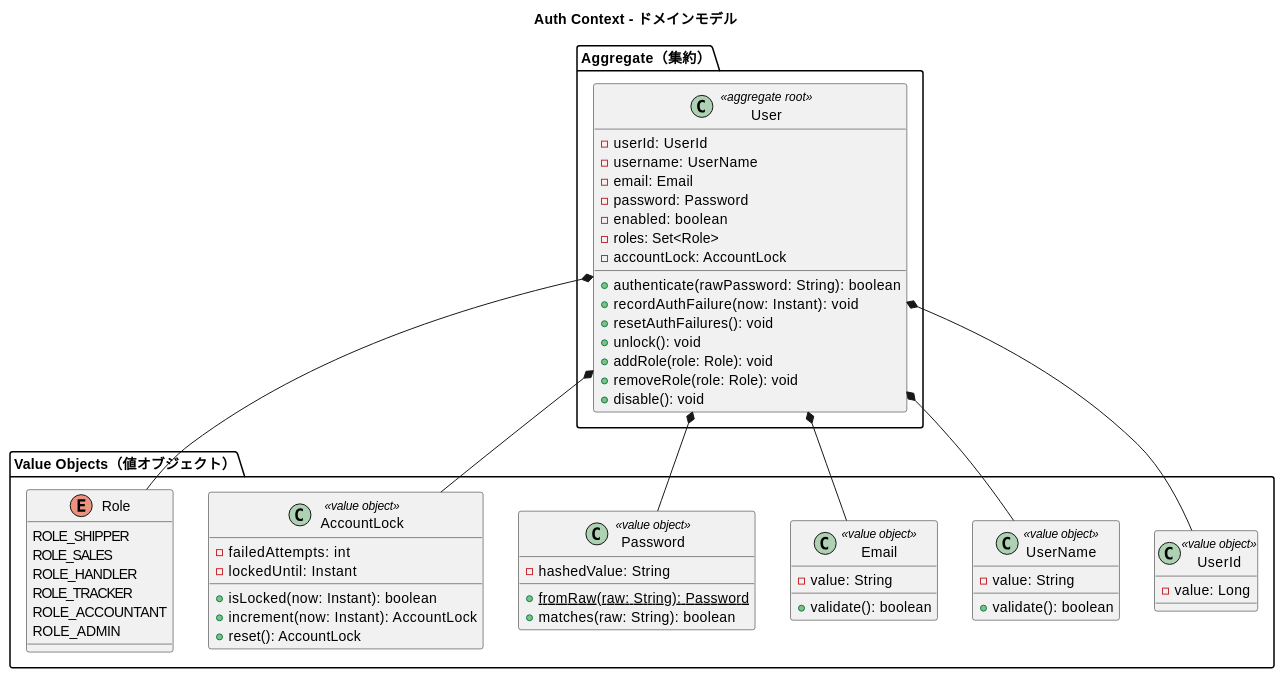
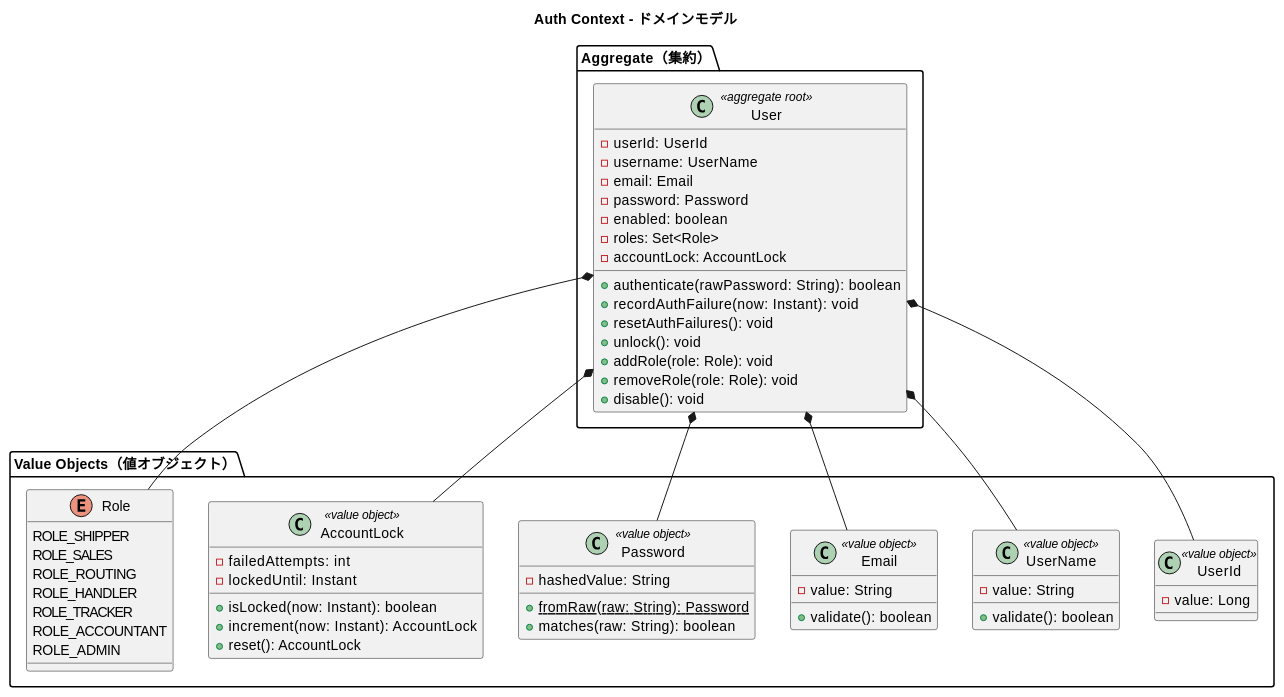
Before and after one commit to k2works/case-study-cargo-tracker: the third of 10 diagrams in docs/design/domain-model.md, drawn with PlantUML. The commit also changed other lines of this file and 8 other files, not shown here.

First line of the commit message:
docs(development): IT1 開始準備 — 設計4図・整合性検証の反映

````diff
--- a/docs/design/domain-model.md
+++ b/docs/design/domain-model.md
@@ -202,66 +202,67 @@
 ```plantuml
 @startuml
 title Auth Context - ドメインモデル
 
 package "Aggregate（集約）" {
   class User <<aggregate root>> {
     -userId: UserId
     -username: UserName
     -email: Email
     -password: Password
     -enabled: boolean
     -roles: Set<Role>
     -accountLock: AccountLock
     +authenticate(rawPassword: String): boolean
     +recordAuthFailure(now: Instant): void
     +resetAuthFailures(): void
     +unlock(): void
     +addRole(role: Role): void
     +removeRole(role: Role): void
     +disable(): void
   }
 }
 
 package "Value Objects（値オブジェクト）" {
   class UserId <<value object>> {
     -value: Long
   }
   class UserName <<value object>> {
     -value: String
     +validate(): boolean
   }
   class Email <<value object>> {
     -value: String
     +validate(): boolean
   }
   class Password <<value object>> {
     -hashedValue: String
     +{static} fromRaw(raw: String): Password
     +matches(raw: String): boolean
   }
   class AccountLock <<value object>> {
     -failedAttempts: int
     -lockedUntil: Instant
     +isLocked(now: Instant): boolean
     +increment(now: Instant): AccountLock
     +reset(): AccountLock
   }
   enum Role {
     ROLE_SHIPPER
     ROLE_SALES
+    ROLE_ROUTING
     ROLE_HANDLER
     ROLE_TRACKER
     ROLE_ACCOUNTANT
     ROLE_ADMIN
   }
 }
 
 User *-- UserId
 User *-- UserName
 User *-- Email
 User *-- Password
 User *-- AccountLock
 User *-- Role
 
 @enduml
 ```
````
